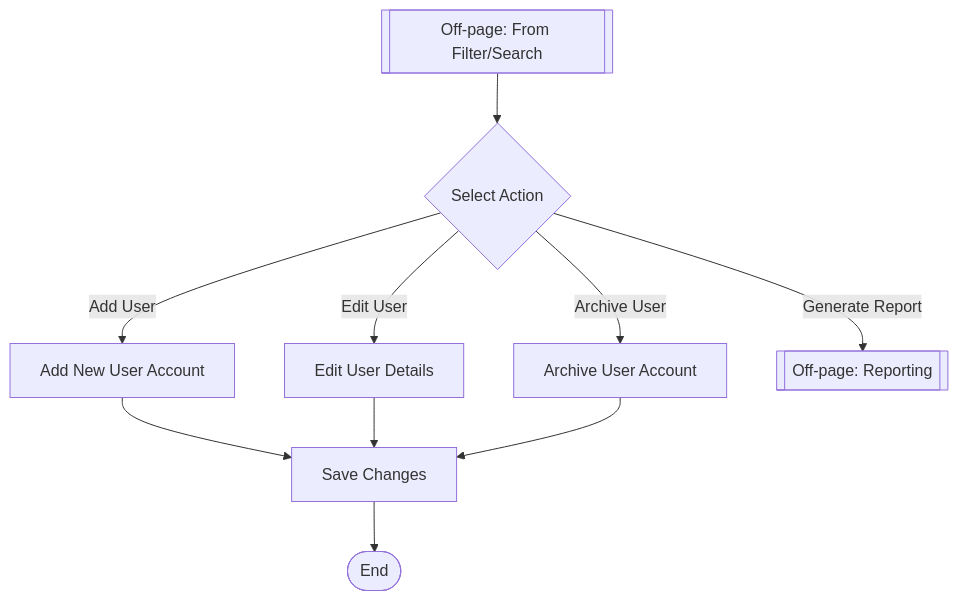
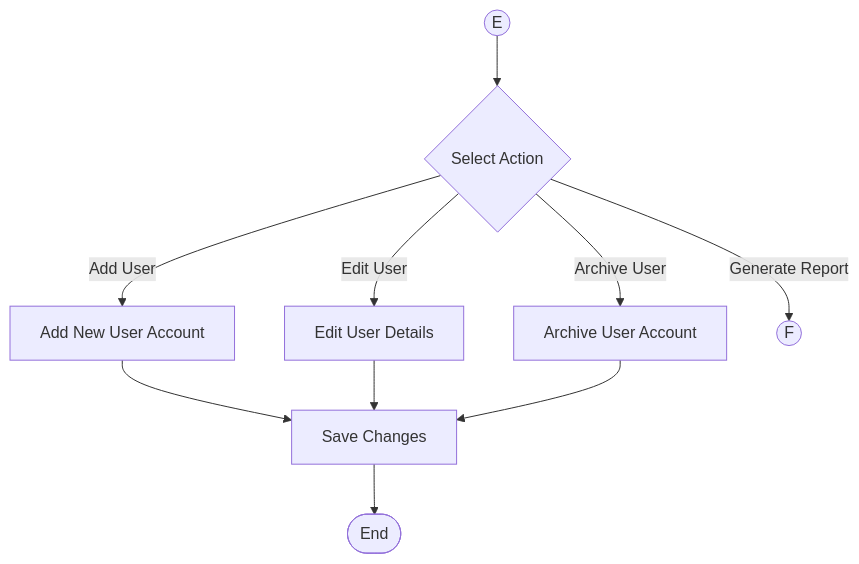
Before and after one commit to Jechrispotato/Refractor: diagram 16 of 33 in Manuscript/diagrams.md, drawn with Mermaid. The commit also changed other lines of this file and 2 other files, not shown here.

````diff
--- a/Manuscript/diagrams.md
+++ b/Manuscript/diagrams.md
@@ -324,12 +324,12 @@
 ```mermaid
 flowchart TD
-    OP1[[Off-page: From Filter/Search]] --> Action{Select Action}
+    OP1((E)) --> Action{Select Action}
     Action -->|Add User| Add[Add New User Account]
     Action -->|Edit User| Edit[Edit User Details]
     Action -->|Archive User| Archive[Archive User Account]
     Add --> Save[Save Changes]
     Edit --> Save
     Archive --> Save
     Save --> Done([End])
-    Action -->|Generate Report| OP2[[Off-page: Reporting]]
+    Action -->|Generate Report| OP2((F))
 ```
````
